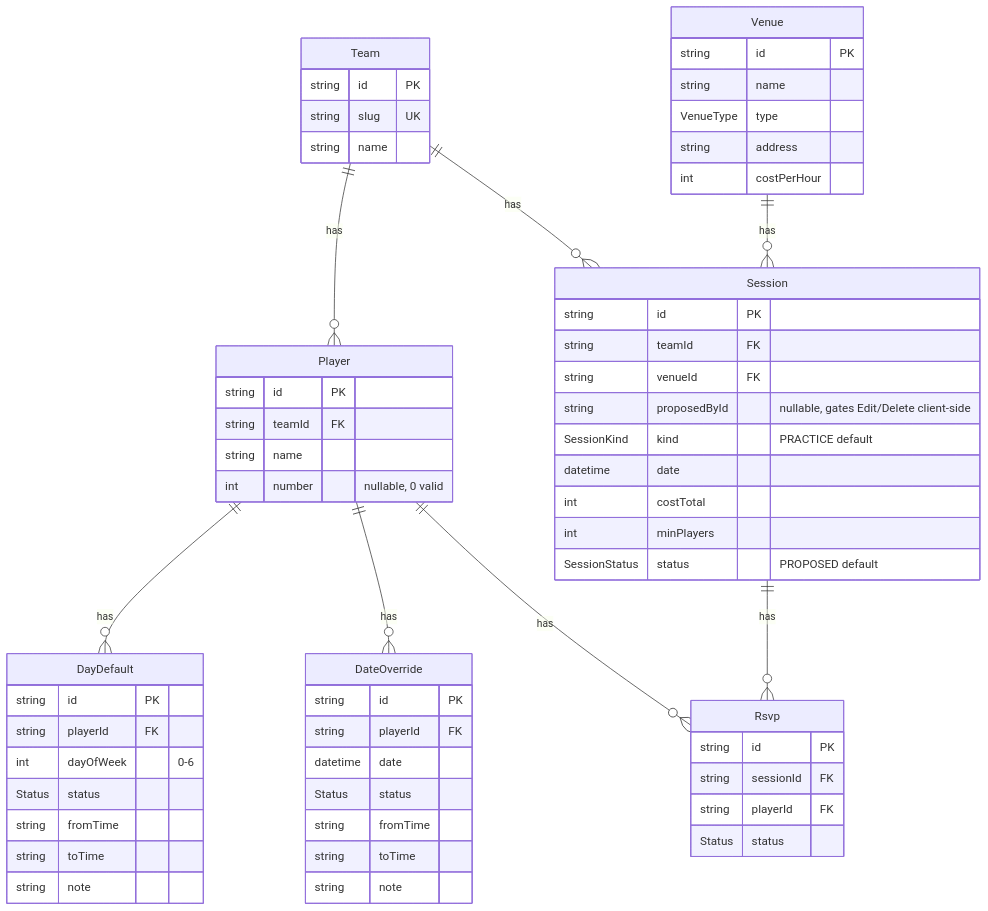
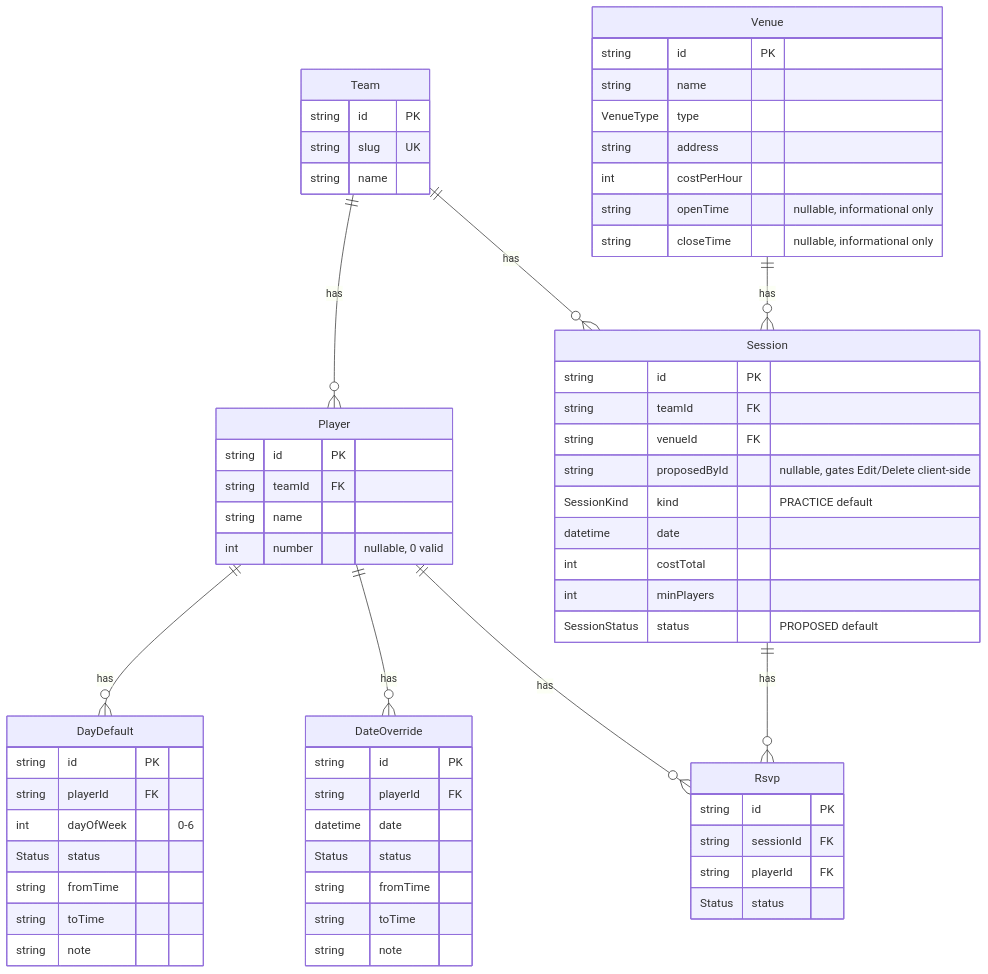
The third of 11 diagrams in context/practiceRuns-Architecture.md (tmdbah/practice-runs), drawn with Mermaid before and after one commit. The commit also changed other lines of this file and 15 other files, not shown here.

````diff
--- a/context/practiceRuns-Architecture.md
+++ b/context/practiceRuns-Architecture.md
@@ -93,64 +93,66 @@
 ```mermaid
 erDiagram
     Team ||--o{ Player : has
     Player ||--o{ DayDefault : has
     Player ||--o{ DateOverride : has
     Team ||--o{ Session : has
     Venue ||--o{ Session : has
     Session ||--o{ Rsvp : has
     Player ||--o{ Rsvp : has
 
     Team {
         string id PK
         string slug UK
         string name
     }
     Player {
         string id PK
         string teamId FK
         string name
         int number "nullable, 0 valid"
     }
     DayDefault {
         string id PK
         string playerId FK
         int dayOfWeek "0-6"
         Status status
         string fromTime
         string toTime
         string note
     }
     DateOverride {
         string id PK
         string playerId FK
         datetime date
         Status status
         string fromTime
         string toTime
         string note
     }
     Venue {
         string id PK
         string name
         VenueType type
         string address
         int costPerHour
+        string openTime "nullable, informational only"
+        string closeTime "nullable, informational only"
     }
     Session {
         string id PK
         string teamId FK
         string venueId FK
         string proposedById "nullable, gates Edit/Delete client-side"
         SessionKind kind "PRACTICE default"
         datetime date
         int costTotal
         int minPlayers
         SessionStatus status "PROPOSED default"
     }
     Rsvp {
         string id PK
         string sessionId FK
         string playerId FK
         Status status
     }
 ```
````
